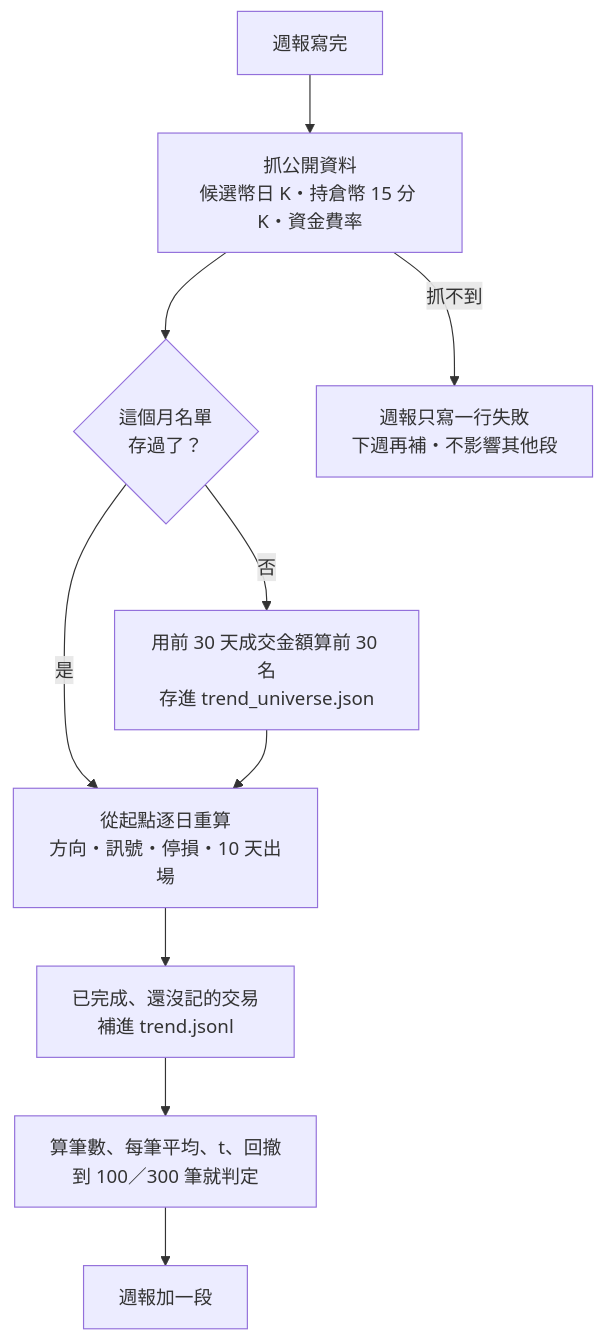
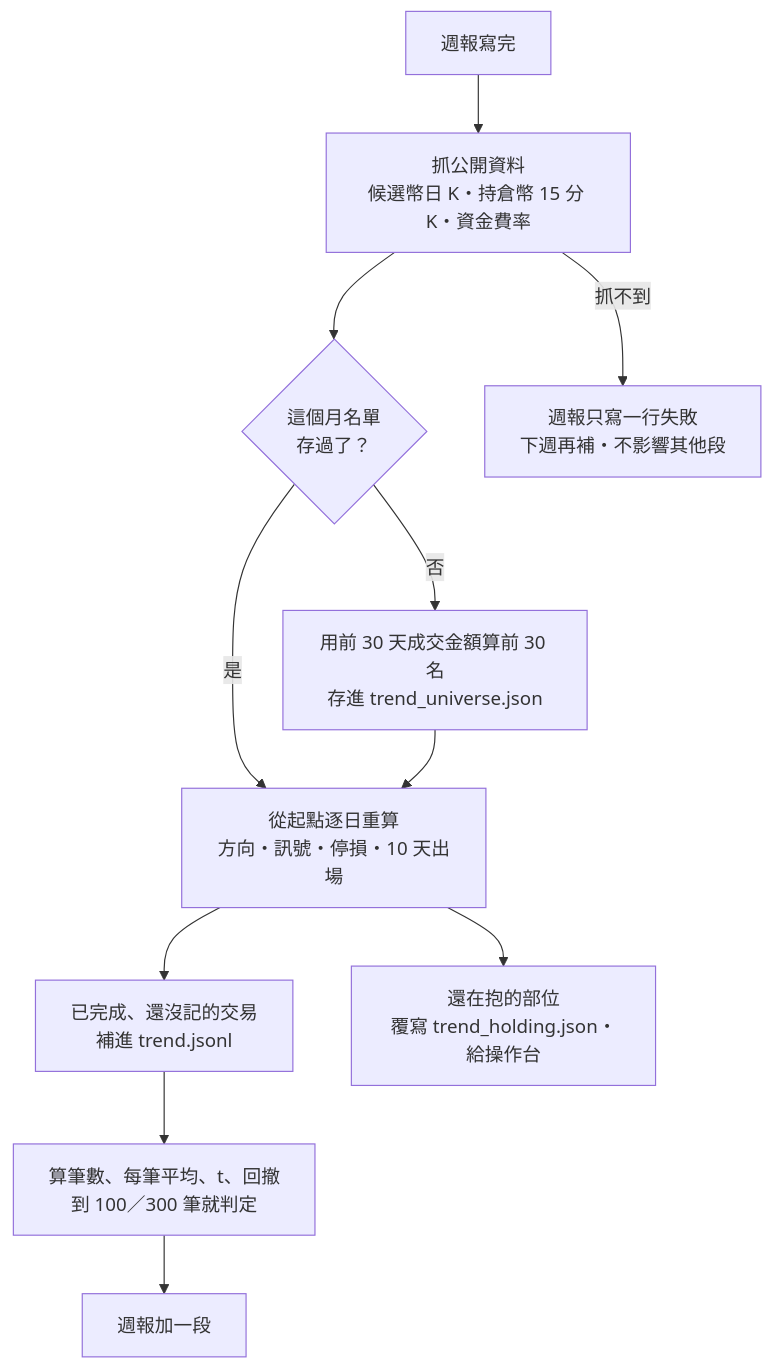
One commit to ShanHugo/Crypto_agent changed diagram 59 of 60 in docs/DESIGN.md. Above: the diagram before and after it, drawn with Mermaid. The commit also changed 4 other files, not shown here.

````diff
--- a/docs/DESIGN.md
+++ b/docs/DESIGN.md
@@ -3041,12 +3041,13 @@
 ```mermaid
 flowchart TD
   A[週報寫完] --> B[抓公開資料<br/>候選幣日 K・持倉幣 15 分 K・資金費率]
   B --> C{這個月名單<br/>存過了？}
   C -- 否 --> C2[用前 30 天成交金額算前 30 名<br/>存進 trend_universe.json]
   C -- 是 --> D
   C2 --> D[從起點逐日重算<br/>方向・訊號・停損・10 天出場]
   D --> E[已完成、還沒記的交易<br/>補進 trend.jsonl]
+  D --> E2[還在抱的部位<br/>覆寫 trend_holding.json・給操作台]
   E --> F[算筆數、每筆平均、t、回撤<br/>到 100／300 筆就判定]
   F --> G[週報加一段]
   B -- 抓不到 --> ERR[週報只寫一行失敗<br/>下週再補・不影響其他段]
 ```
````
